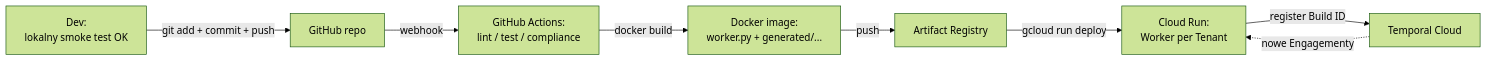
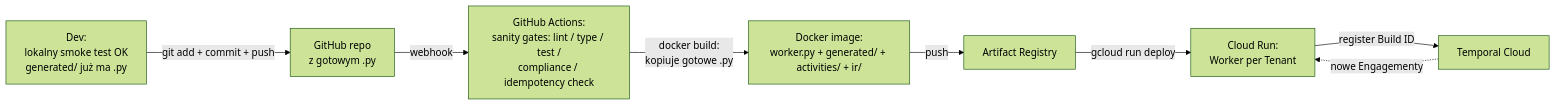
The second of 9 diagrams in docs/PUBLISH_FLOW.md (mirfor/workflows), drawn with Mermaid (forest theme) before and after one commit. The commit also changed other lines of this file, not shown here.

First line of the commit message:
PUBLISH_FLOW.md: separation of concerns — codegen tylko lokalnie, cloud kopiuje

````diff
--- a/docs/PUBLISH_FLOW.md
+++ b/docs/PUBLISH_FLOW.md
@@ -38,10 +43,10 @@
 ```mermaid
 flowchart LR
-    A[Dev:<br/>lokalny smoke test OK] -->|git add + commit + push| B[GitHub repo]
-    B -->|webhook| C[GitHub Actions:<br/>lint / test / compliance]
-    C -->|docker build| D[Docker image:<br/>worker.py + generated/...]
+    A[Dev:<br/>lokalny smoke test OK<br/>generated/ już ma .py] -->|git add + commit + push| B[GitHub repo<br/>z gotowym .py]
+    B -->|webhook| C[GitHub Actions:<br/>sanity gates: lint / type / test /<br/>compliance / idempotency check]
+    C -->|docker build:<br/>kopiuje gotowe .py| D[Docker image:<br/>worker.py + generated/ + activities/ + ir/]
     D -->|push| E[Artifact Registry]
     E -->|gcloud run deploy| F[Cloud Run:<br/>Worker per Tenant]
     F -->|register Build ID| G[Temporal Cloud]
     G -.->|nowe Engagementy| F
 ```
````
